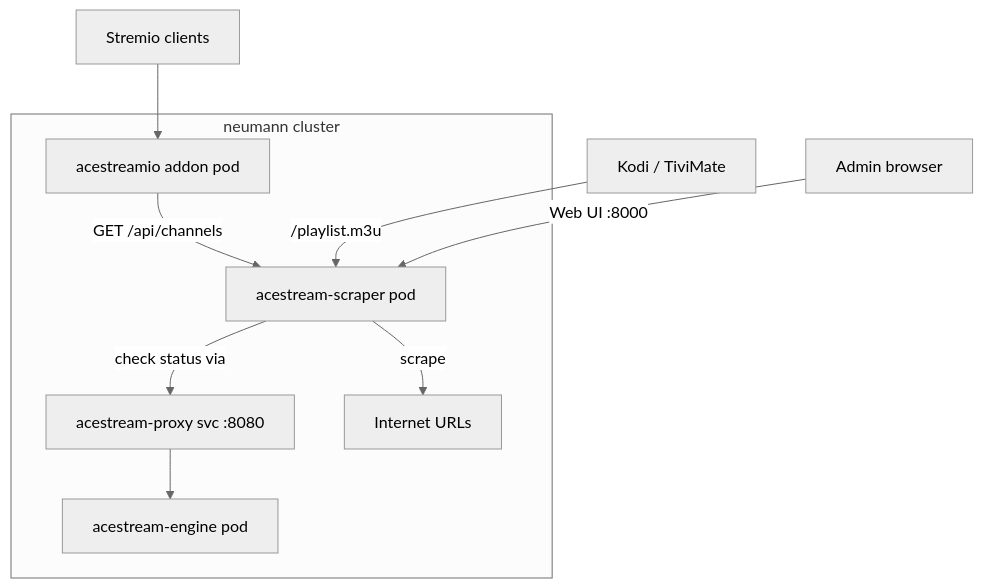
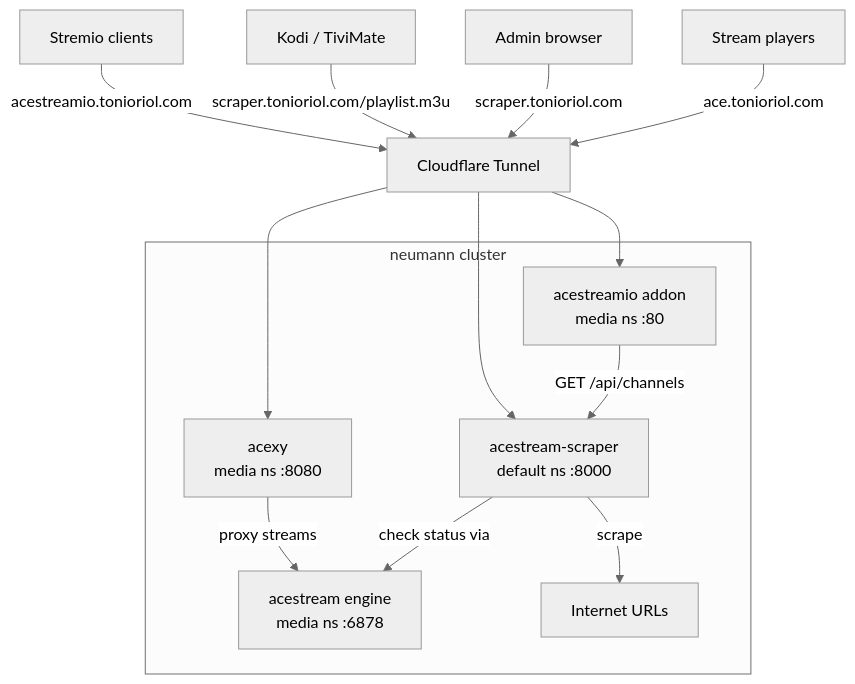
The diagram in plans/acestream-scraper-integration.md (tonioriol/ritchie), drawn with Mermaid (neutral theme) before and after one commit. The commit also changed other lines of this file and 5 other files, not shown here.

````diff
--- a/plans/acestream-scraper-integration.md
+++ b/plans/acestream-scraper-integration.md
@@ -27,13 +27,17 @@
 ```mermaid
 graph TD
     subgraph neumann cluster
-        AS[acestream-scraper pod] -->|check status via| AP[acestream-proxy svc :8080]
-        AP --> AE[acestream-engine pod]
-        AO[acestreamio addon pod] -->|GET /api/channels| AS
+        AS[acestream-scraper<br/>default ns :8000] -->|check status via| AE[acestream engine<br/>media ns :6878]
+        AX[acexy<br/>media ns :8080] -->|proxy streams| AE
+        AO[acestreamio addon<br/>media ns :80] -->|GET /api/channels| AS
         AS -->|scrape| INET[Internet URLs]
     end
 
-    STREMIO[Stremio clients] --> AO
-    KODI[Kodi / TiviMate] -->|/playlist.m3u| AS
-    ADMIN[Admin browser] -->|Web UI :8000| AS
+    CF[Cloudflare Tunnel] --> AX
+    CF --> AS
+    CF --> AO
+    STREMIO[Stremio clients] -->|acestreamio.tonioriol.com| CF
+    KODI[Kodi / TiviMate] -->|scraper.tonioriol.com/playlist.m3u| CF
+    ADMIN[Admin browser] -->|scraper.tonioriol.com| CF
+    PLAYER[Stream players] -->|ace.tonioriol.com| CF
 ```
````
